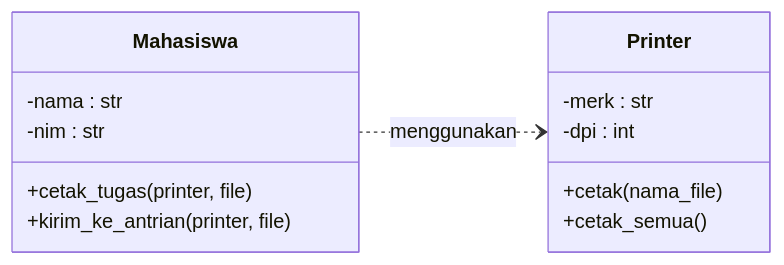
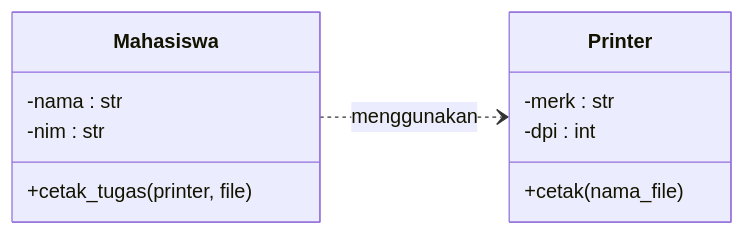
One commit to antonprafanto/PBO2026 changed the second of 11 diagrams in Materi_05_Hubungan_Kelas_dan_UML/materi.md. Above: the diagram before and after it, drawn with Mermaid. The commit also changed other lines of this file, not shown here.

````diff
--- a/Materi_05_Hubungan_Kelas_dan_UML/materi.md
+++ b/Materi_05_Hubungan_Kelas_dan_UML/materi.md
@@ -95,17 +95,15 @@
 ```mermaid
 classDiagram
     direction LR
     class Mahasiswa {
         -nama : str
         -nim : str
         +cetak_tugas(printer, file)
-        +kirim_ke_antrian(printer, file)
     }
     class Printer {
         -merk : str
         -dpi : int
         +cetak(nama_file)
-        +cetak_semua()
     }
     Mahasiswa ..> Printer : menggunakan
 ```
````
